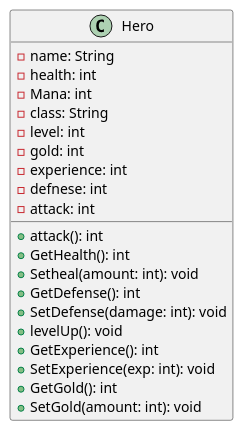
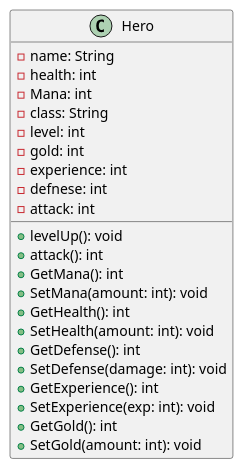
The diagram in PlantUML/sequence.plantuml (JosefG50/2203-Legends-of-Sword-and-Wand), drawn with PlantUML before and after one commit.

Commit message:
docs(uml): im adding more getter and setters

```diff
--- a/PlantUML/sequence.plantuml
+++ b/PlantUML/sequence.plantuml
@@ -1,36 +1,38 @@
 @startuml
 class Hero {
     - name: String
     - health: int
     - Mana: int
     - class: String
     - level: int
     - gold: int
     - experience: int
     - defnese: int
     - attack: int
+    + levelUp(): void 
     + attack(): int
+    + GetMana(): int
+    + SetMana(amount: int): void
     + GetHealth(): int
-    + Setheal(amount: int): void
+    + SetHealth(amount: int): void
     + GetDefense(): int
     + SetDefense(damage: int): void
-    + levelUp(): void 
     + GetExperience(): int
     + SetExperience(exp: int): void
     + GetGold(): int
     + SetGold(amount: int): void
 }
 
 'Order' <|-- Hero : +5 Mana
 'Order' <|-- Hero : +2 Defense
 'Order' <|-- Hero : Heals/Shields
 'Chaos' <|-- Hero : +3 Attack
 'Chaos' <|-- Hero : +5 HP
 'Chaos' <|-- Hero : Fireball/Lightning
 'Warrior' <|-- Hero : +2 Attack
 'Warrior' <|-- Hero : +3 Defense
 'Warrior' <|-- Hero : Cleave/PHYSICAL
 'Mage' <|-- Hero : +5 Mana
 'Mage' <|-- Hero : +1 Attack
 'Mage' <|-- Hero : Mana Replenish
 @enduml
```
